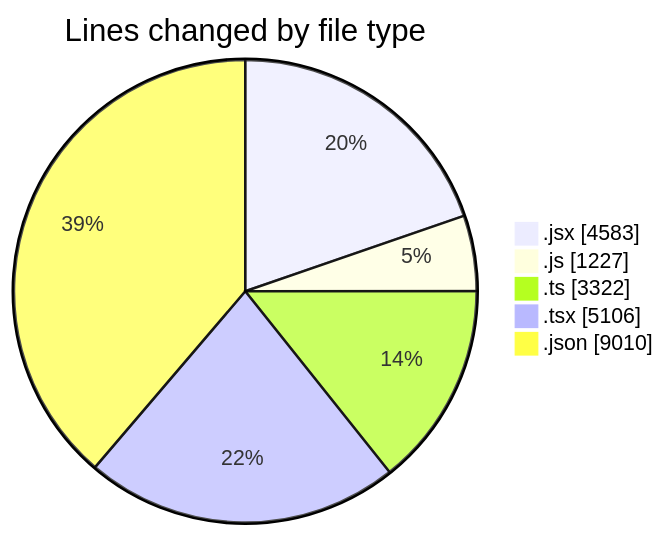
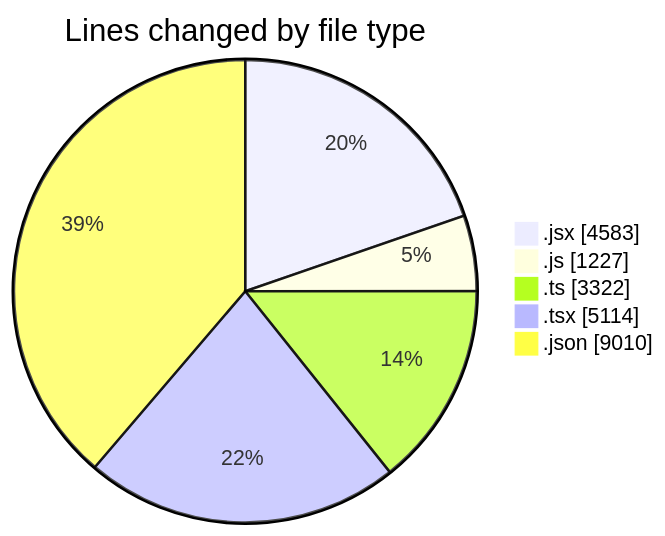
One commit to nxtqubesakshisongat/code-tracking changed the first of 2 diagrams in 2026-01-21/nxtqube_webapp/README.md. Above: the diagram before and after it, drawn with Mermaid. The commit also changed other lines of this file and 1 other file, not shown here.

````diff
--- a/2026-01-21/nxtqube_webapp/README.md
+++ b/2026-01-21/nxtqube_webapp/README.md
@@ -34,9 +34,9 @@
 ```mermaid
 pie showData
 title Lines changed by file type
 ".jsx" : 4583
 ".js" : 1227
 ".ts" : 3322
-".tsx" : 5106
+".tsx" : 5114
 ".json" : 9010
 ```
````
